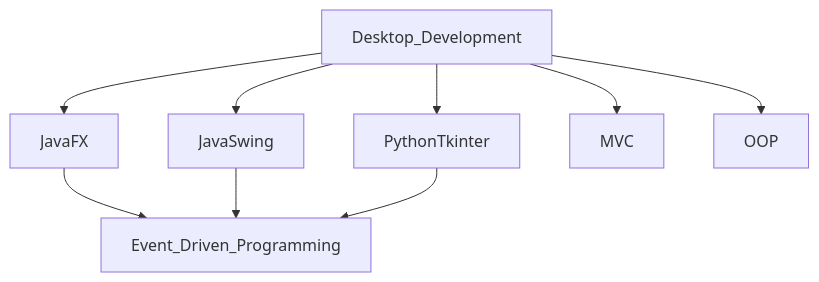
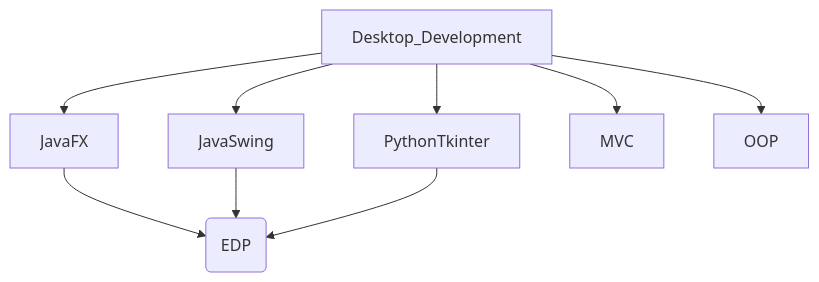
The third of 7 diagrams in README.md (SalazarPaulo/developer-knowledge-base), drawn with Mermaid before and after one commit. The commit also changed other lines of this file, not shown here.

````diff
--- a/README.md
+++ b/README.md
@@ -116,13 +114,13 @@
 ```mermaid
 graph TD;
     Desktop_Development-->JavaFX;
     Desktop_Development-->JavaSwing;
     Desktop_Development-->PythonTkinter;
 
     JavaFX-->Event_Driven_Programming;
     JavaSwing-->Event_Driven_Programming;
-    PythonTkinter-->Event_Driven_Programming;
+    PythonTkinter-->Event_Driven_Programming(EDP);
 
     Desktop_Development-->MVC;
     Desktop_Development-->OOP;
 ```
````
